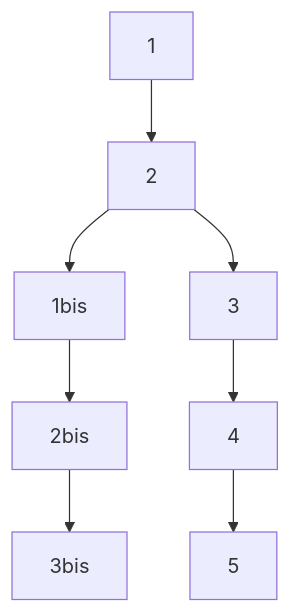
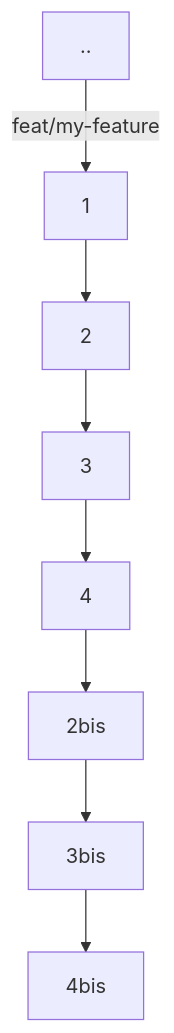
The second of 2 diagrams in README.md (Candy-Doc/candy-doc-maven-plugin), drawn with Mermaid before and after one commit. The commit also changed other lines of this file and 1 other file, not shown here.

Commit message:
docs: new mermaid diagram

````diff
--- a/README.md
+++ b/README.md
@@ -231,10 +243,10 @@
 ```mermaid
-graph TD;
-    1 --> 2;
-    2 --> 1bis;
-    1bis --> 2bis;
-    2bis --> 3bis;
-    2 --> 3;
-    3 --> 4;
-    4 --> 5;
+graph TD
+    .. --feat/my-feature--> 1
+    1 --> 2
+    2 --> 3
+    3 --> 4
+    4 --> 2bis
+    2bis --> 3bis
+    3bis --> 4bis
 ```
````
